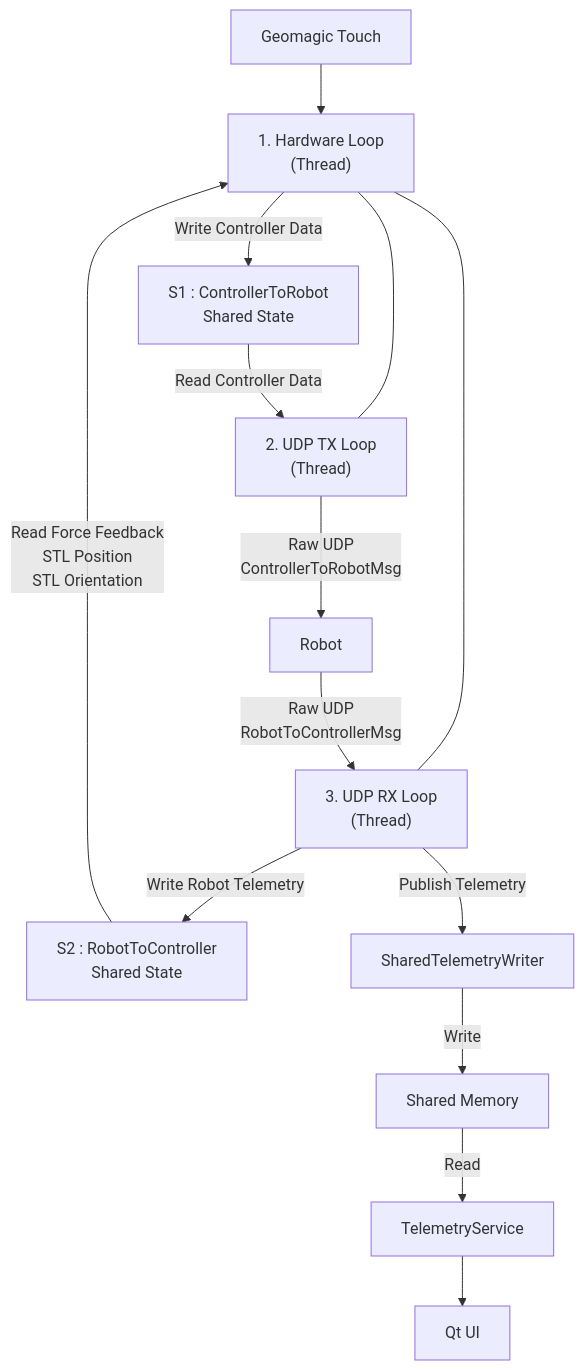
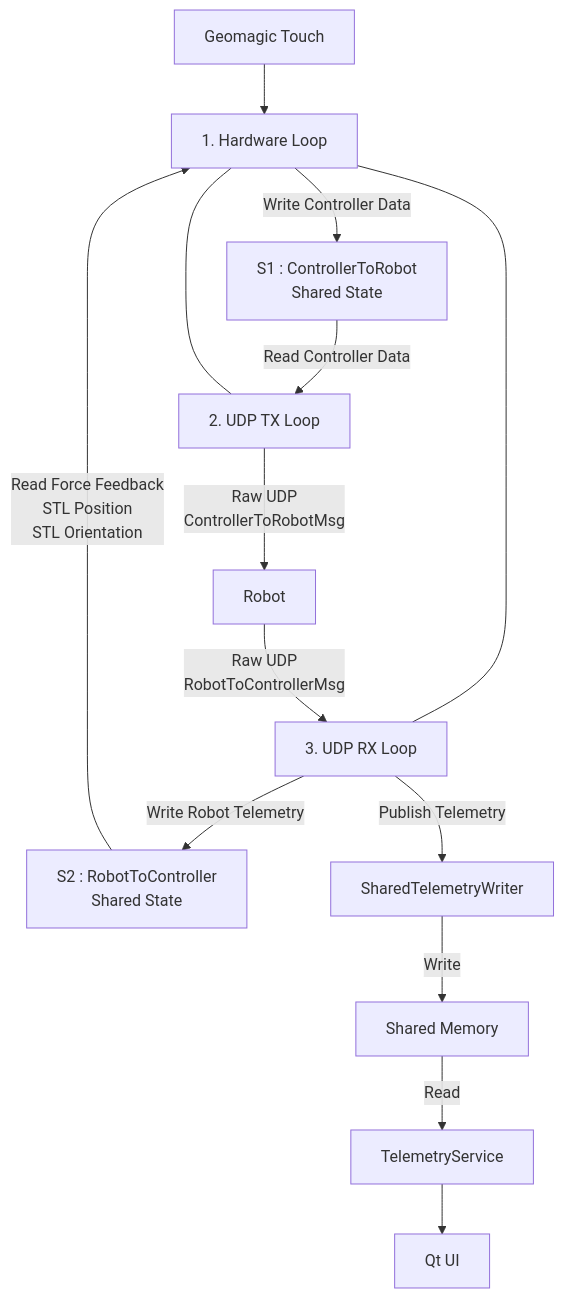
The second of 2 diagrams in teleop.md (saranyas-creator/TeleRobotics-Command), drawn with Mermaid before and after one commit.

````diff
--- a/teleop.md
+++ b/teleop.md
@@ -64,44 +63,49 @@
 ```mermaid
 flowchart TB
 
-    %% External Components
-    J[Geomagic Touch]
-    R[Robot]
+%%=========================
+%% Threads
+%%=========================
+J[Geomagic Touch]
 
-    %% Threads
-    H["1. Hardware Loop<br/>(Thread)"]
-    TX["2. UDP TX Loop<br/>(Thread)"]
-    RX["3. UDP RX Loop<br/>(Thread)"]
+T1["1. Hardware Loop"]
+T2["2. UDP TX Loop"]
+T3["3. UDP RX Loop"]
 
-    %% Shared States
-    S1["S1 : ControllerToRobot<br/>Shared State"]
-    S2["S2 : RobotToController<br/>Shared State"]
+J --> T1
 
-    %% Shared Memory
-    STW["SharedTelemetryWriter"]
-    SHM["Shared Memory"]
-    TS["TelemetryService"]
-    UI["Qt UI"]
+T2 --- T1 --- T3
 
-    %% Layout
-    J --> H
+%%=========================
+%% Shared States
+%%=========================
+S1["S1 : ControllerToRobot<br/>Shared State"]
+S2["S2 : RobotToController<br/>Shared State"]
 
-    H --- TX
-    H --- RX
+T1 -->|Write Controller Data| S1
+S1 -->|Read Controller Data| T2
 
-    %% Controller Data
-    H -->|Write Controller Data| S1
-    S1 -->|Read Controller Data| TX
-    TX -->|Raw UDP<br/>ControllerToRobotMsg| R
+T3 -->|Write Robot Telemetry| S2
+S2 -->|Read Force Feedback<br/>STL Position<br/>STL Orientation| T1
 
-    %% Robot Telemetry
-    R -->|Raw UDP<br/>RobotToControllerMsg| RX
-    RX -->|Write Robot Telemetry| S2
-    S2 -->|Read Force Feedback<br/>STL Position<br/>STL Orientation| H
+%%=========================
+%% Robot Communication
+%%=========================
+R[Robot]
 
-    %% Shared Memory
-    RX -->|Publish Telemetry| STW
-    STW -->|Write| SHM
-    SHM -->|Read| TS
-    TS --> UI
+T2 -->|Raw UDP<br/>ControllerToRobotMsg| R
+R -->|Raw UDP<br/>RobotToControllerMsg| T3
+
+%%=========================
+%% Inter-Process Communication
+%%=========================
+STM["SharedTelemetryWriter"]
+SHM["Shared Memory"]
+QT["TelemetryService"]
+UI["Qt UI"]
+
+T3 -->|Publish Telemetry| STM
+STM -->|Write| SHM
+SHM -->|Read| QT
+QT --> UI
 ```
````
